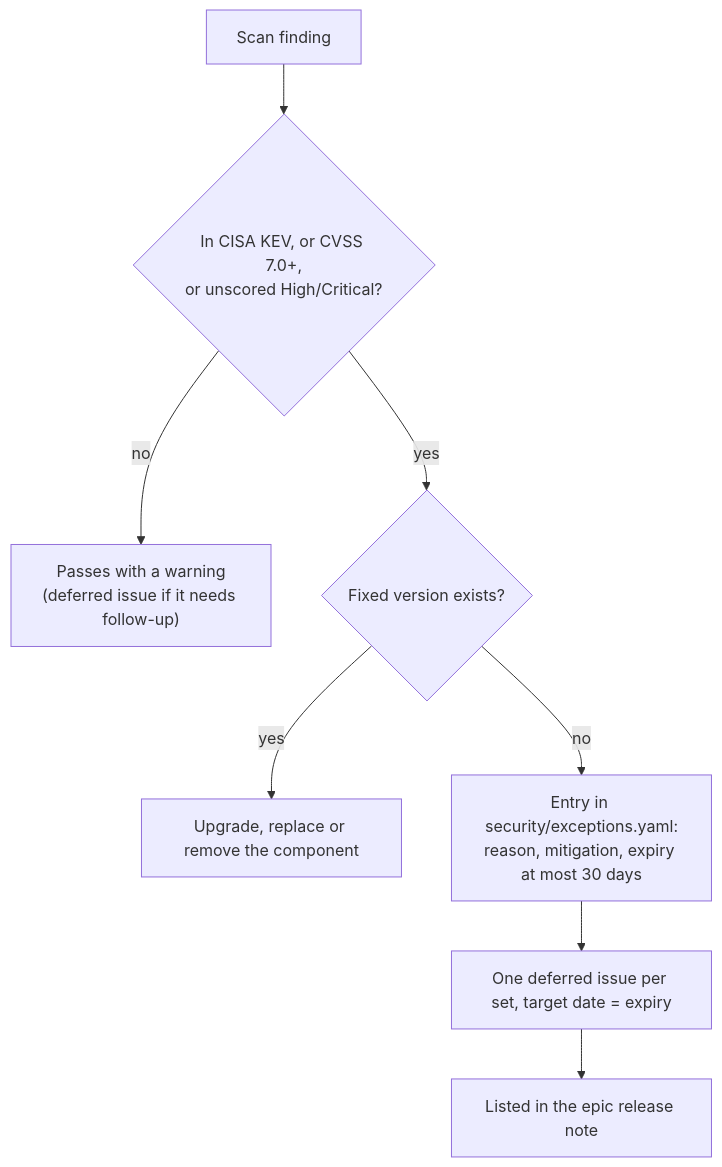
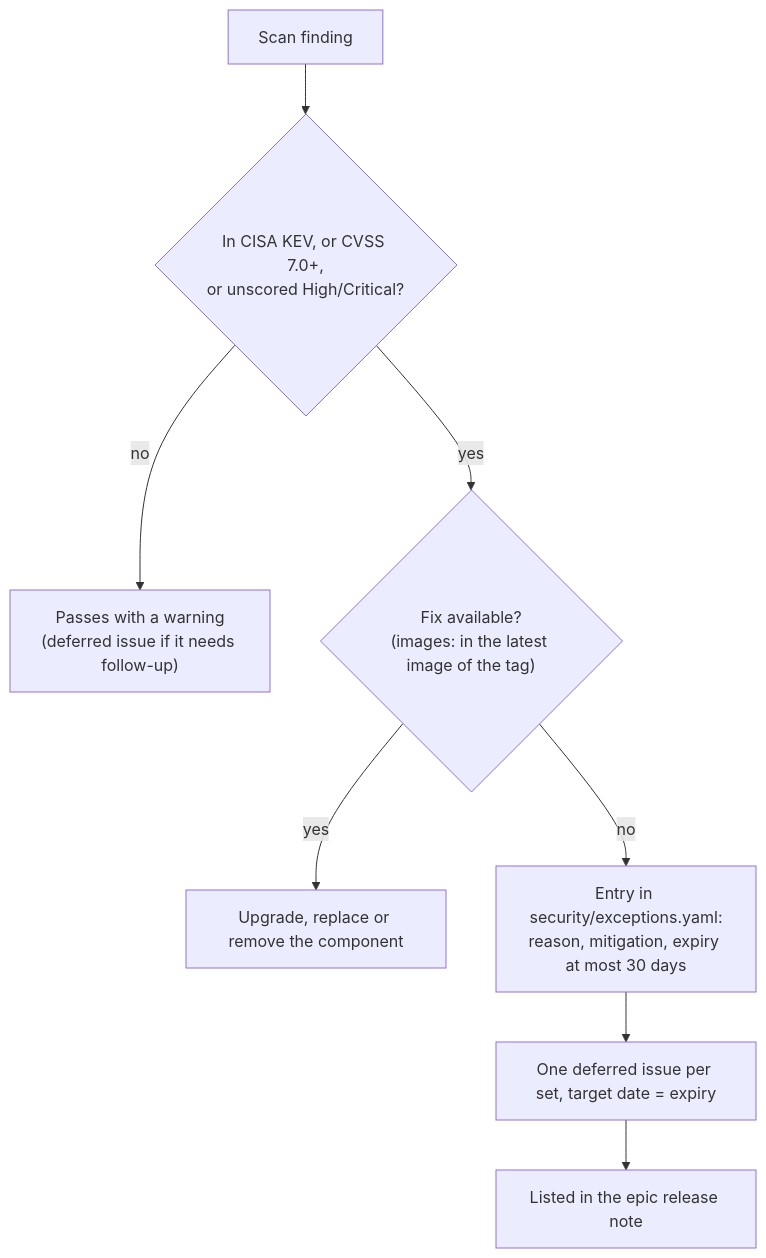
One commit to yebbah/little-steps changed the fourth of 8 diagrams in docs/workflow.md. Above: the diagram before and after it, drawn with Mermaid. The commit also changed 9 other files, not shown here.

First line of the commit message:
fix: bump base image digests for zlib CVE-2026-4738; for images a fix counts only if it is in the latest image (#145)

````diff
--- a/docs/workflow.md
+++ b/docs/workflow.md
@@ -75,10 +75,10 @@
 ```mermaid
 flowchart TD
   X["Scan finding"] --> K{"In CISA KEV, or CVSS 7.0+,<br/>or unscored High/Critical?"}
   K -- "no" --> WARN["Passes with a warning<br/>(deferred issue if it needs follow-up)"]
-  K -- "yes" --> FV{"Fixed version exists?"}
+  K -- "yes" --> FV{"Fix available?<br/>(images: in the latest image of the tag)"}
   FV -- "yes" --> UP["Upgrade, replace or remove the component"]
   FV -- "no" --> EX["Entry in security/exceptions.yaml:<br/>reason, mitigation, expiry at most 30 days"]
   EX --> ISS["One deferred issue per set, target date = expiry"]
   ISS --> REL["Listed in the epic release note"]
 ```
````
